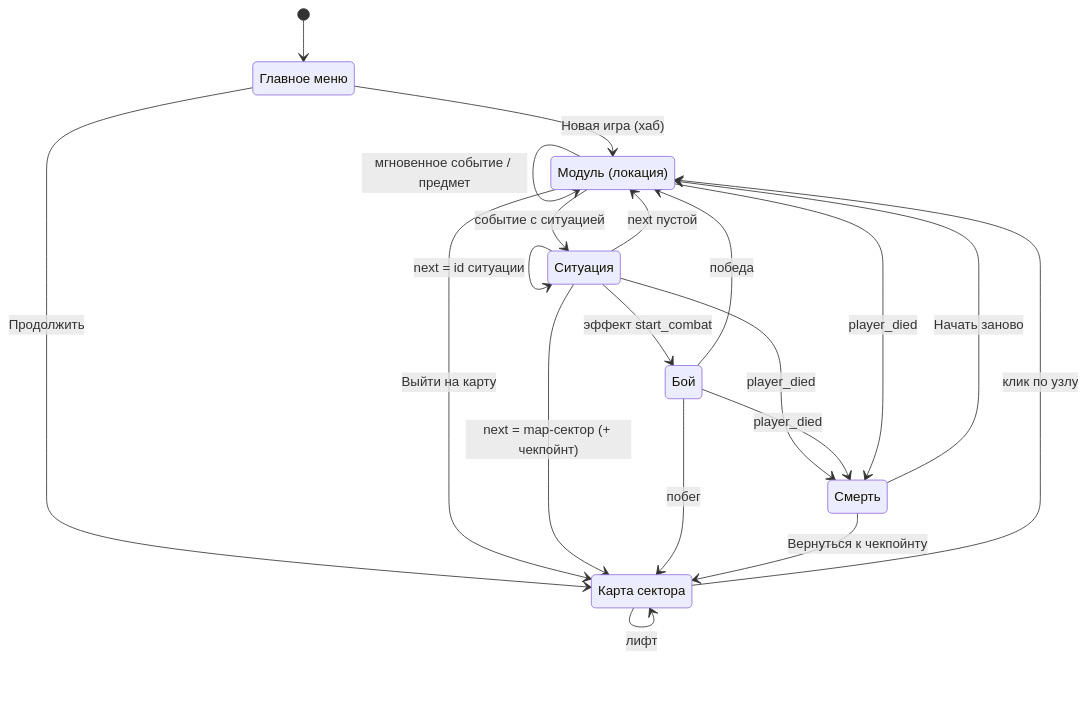
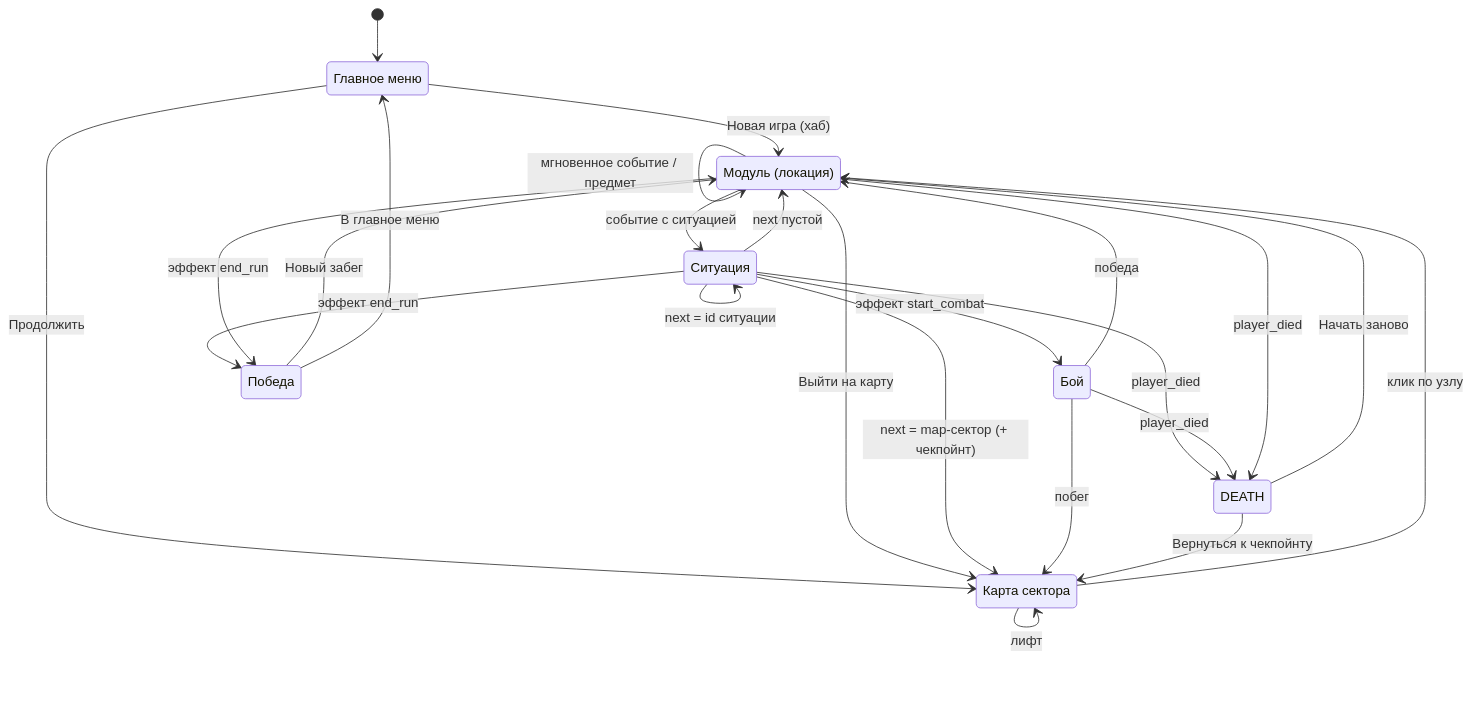
Before and after one commit to Frederick1122/CosmosText: the diagram in docs/ARCHITECTURE.md, drawn with Mermaid. The commit also changed other lines of this file and 150 other files, not shown here.

````diff
--- a/docs/ARCHITECTURE.md
+++ b/docs/ARCHITECTURE.md
@@ -55,29 +59,33 @@
 ```mermaid
 stateDiagram-v2
     state "Главное меню" as MENU
     state "Карта сектора" as MAP
     state "Модуль (локация)" as LOC
     state "Ситуация" as SIT
     state "Бой" as COMBAT
-    state "Смерть" as DEATH
+    state "Победа" as WIN
 
     [*] --> MENU
     MENU --> LOC: Новая игра (хаб)
     MENU --> MAP: Продолжить
     MAP --> LOC: клик по узлу
     MAP --> MAP: лифт
     LOC --> SIT: событие с ситуацией
     LOC --> LOC: мгновенное событие / предмет
     LOC --> MAP: Выйти на карту
     SIT --> SIT: next = id ситуации
     SIT --> LOC: next пустой
     SIT --> MAP: next = map-сектор (+ чекпойнт)
     SIT --> COMBAT: эффект start_combat
     COMBAT --> LOC: победа
     COMBAT --> MAP: побег
     SIT --> DEATH: player_died
     COMBAT --> DEATH: player_died
     LOC --> DEATH: player_died
     DEATH --> LOC: Начать заново
     DEATH --> MAP: Вернуться к чекпойнту
+    SIT --> WIN: эффект end_run
+    LOC --> WIN: эффект end_run
+    WIN --> LOC: Новый забег
+    WIN --> MENU: В главное меню
 ```
````
